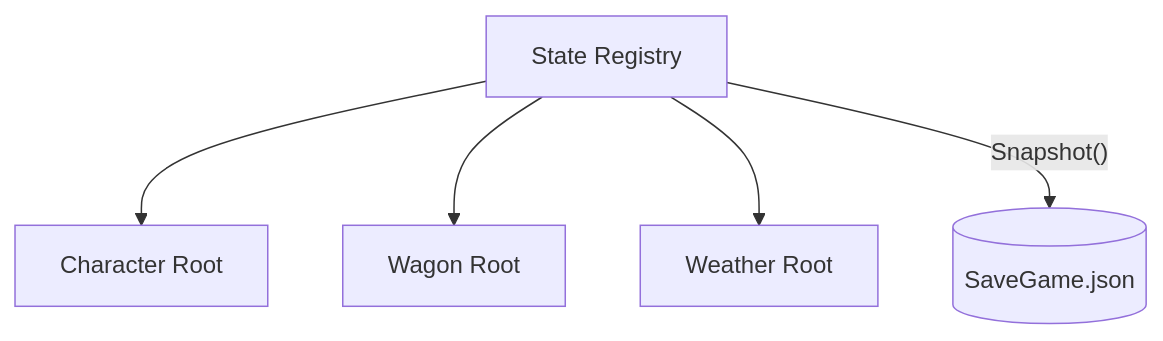
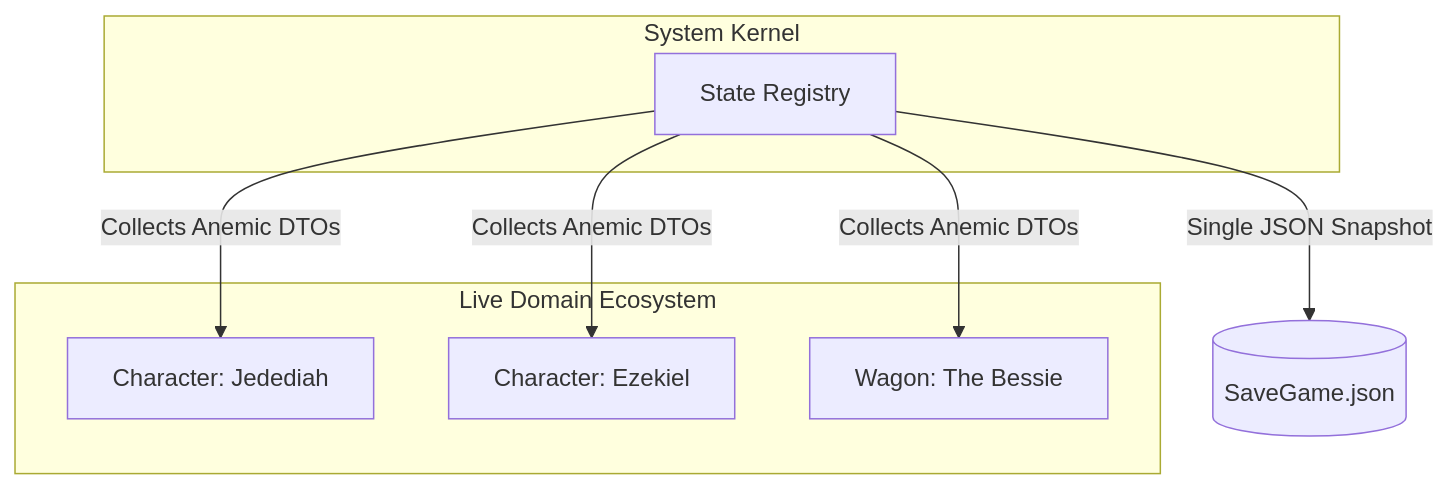
One commit to mnaatjes/oregon-trail-clone changed the third of 4 diagrams in docs/design/engine_orchestration.md. Above: the diagram before and after it, drawn with Mermaid. The commit also changed other lines of this file and 7 other files, not shown here.

````diff
--- a/docs/design/engine_orchestration.md
+++ b/docs/design/engine_orchestration.md
@@ -37,13 +59,17 @@
 ```mermaid
 graph TD
-    Registry[State Registry]
-    R1[Character Root]
-    R2[Wagon Root]
-    R3[Weather Root]
+    subgraph Ecosystem [Live Domain Ecosystem]
+        C1[Character: Jedediah]
+        C2[Character: Ezekiel]
+        W1[Wagon: The Bessie]
+    end
 
-    Registry --> R1
-    Registry --> R2
-    Registry --> R3
-    
-    Registry -- "Snapshot()" --> JSON[(SaveGame.json)]
+    subgraph Kernel [System Kernel]
+        Registry[State Registry]
+        Registry -->|Collects Anemic DTOs| C1
+        Registry -->|Collects Anemic DTOs| C2
+        Registry -->|Collects Anemic DTOs| W1
+    end
+
+    Registry -- "Single JSON Snapshot" --> JSON[(SaveGame.json)]
 ```
````
